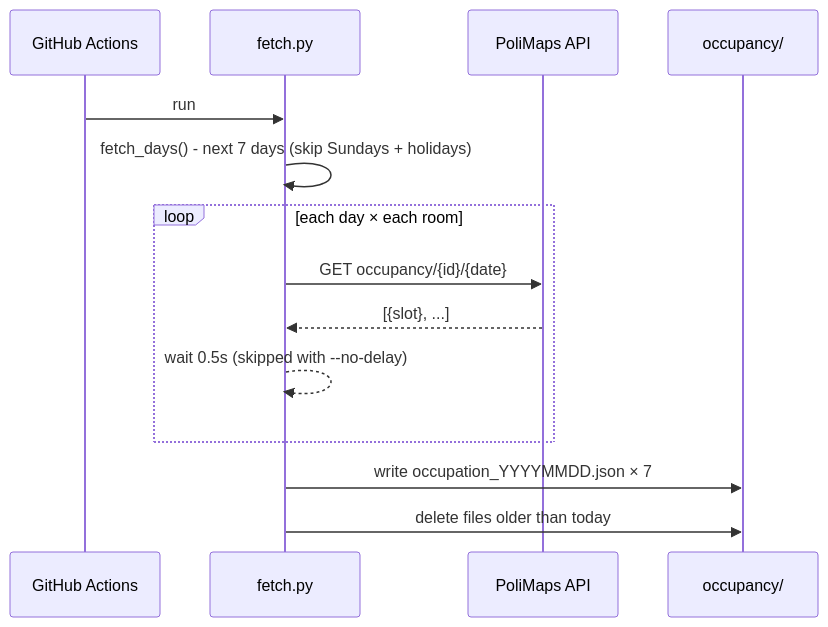
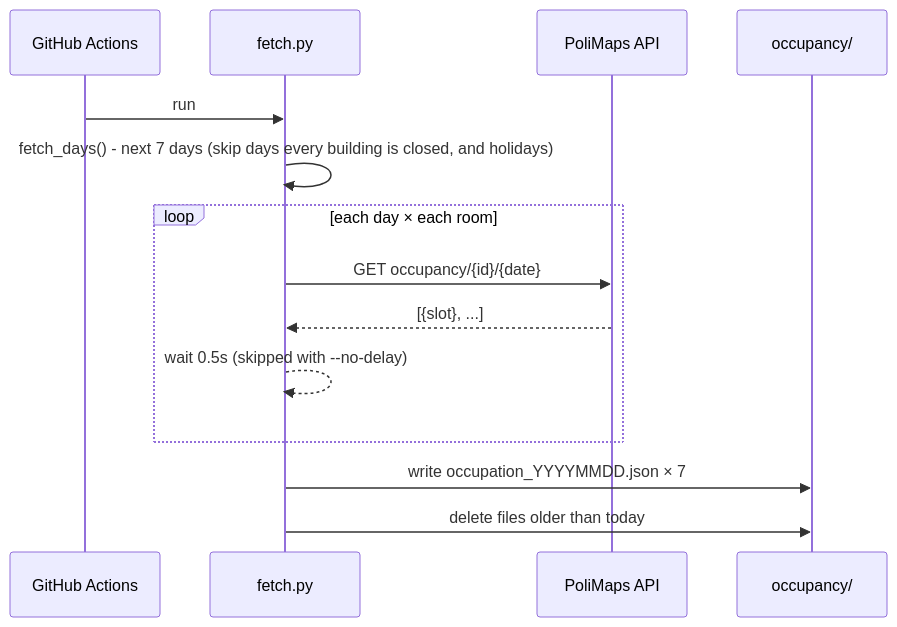
The second of 4 diagrams in docs/architecture.md (SummaCristian/PoliAule), drawn with Mermaid before and after one commit. The commit also changed other lines of this file and 1 other file, not shown here.

````diff
--- a/docs/architecture.md
+++ b/docs/architecture.md
@@ -54,17 +57,17 @@
 ```mermaid
 sequenceDiagram
     participant GHA as GitHub Actions
     participant PY as fetch.py
     participant API as PoliMaps API
     participant FS as occupancy/
 
     GHA->>PY: run
-    PY->>PY: fetch_days() - next 7 days (skip Sundays + holidays)
+    PY->>PY: fetch_days() - next 7 days (skip days every building is closed, and holidays)
     loop each day × each room
         PY->>API: GET occupancy/{id}/{date}
         API-->>PY: [{slot}, ...]
         PY-->>PY: wait 0.5s (skipped with --no-delay)
     end
     PY->>FS: write occupation_YYYYMMDD.json × 7
     PY->>FS: delete files older than today
 ```
````
